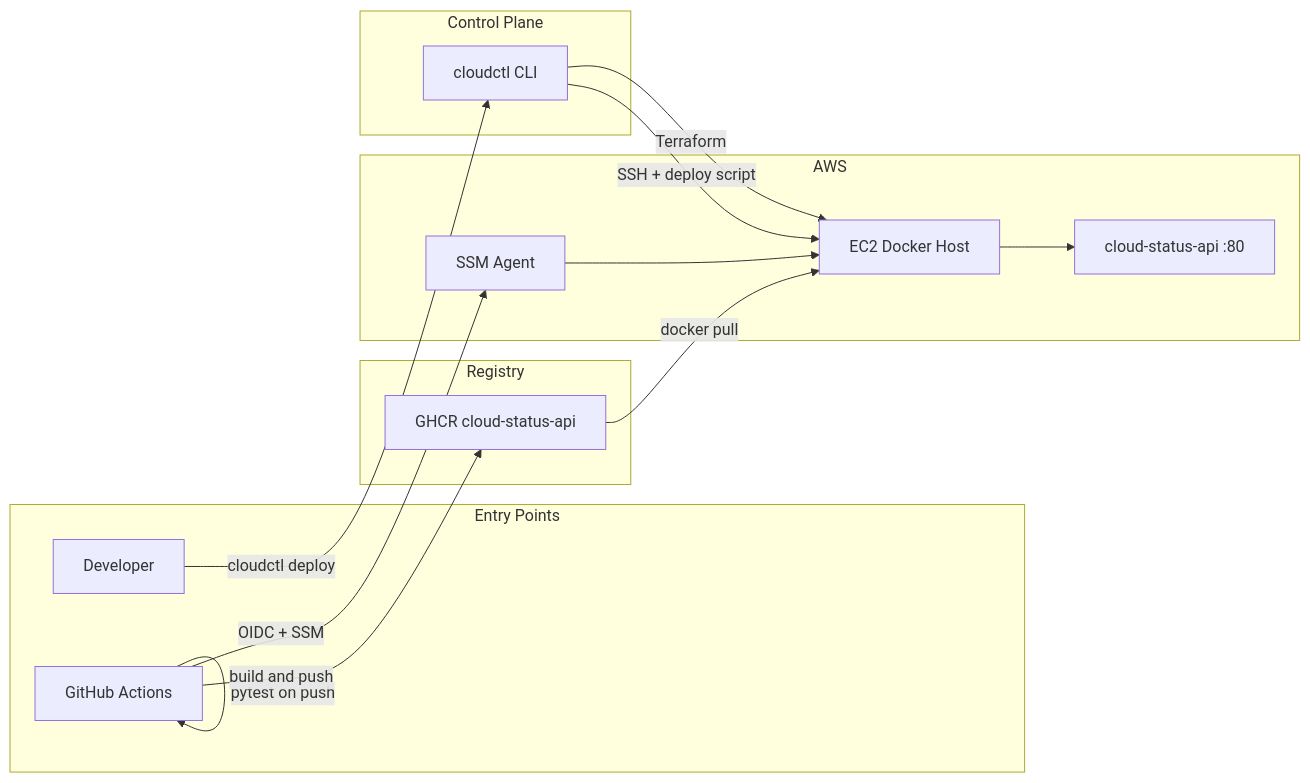
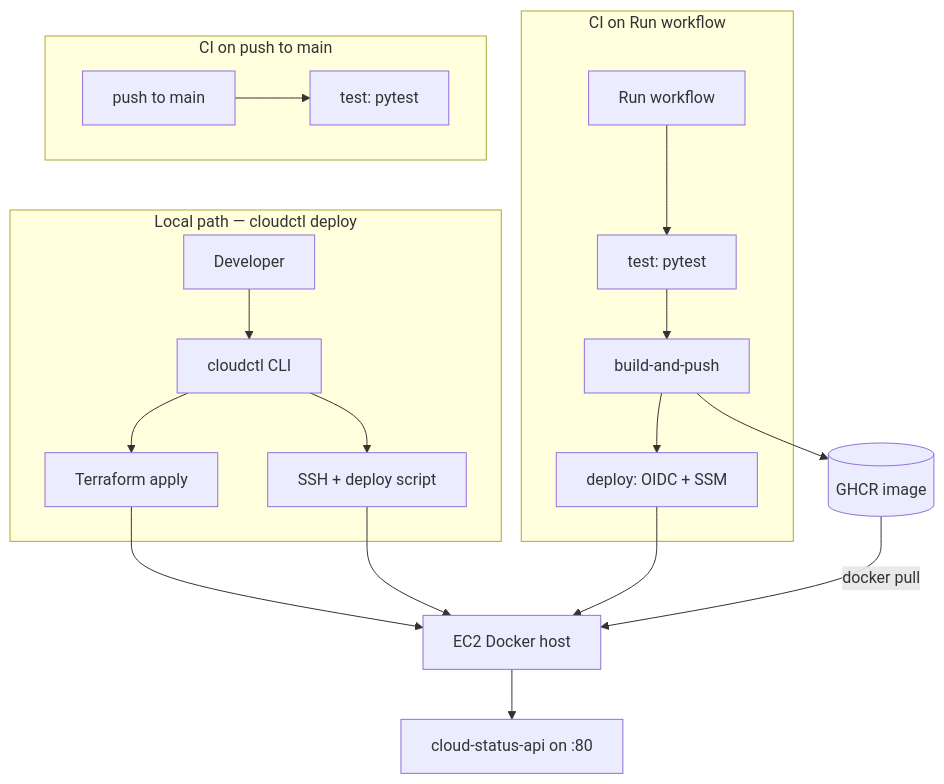
The diagram in README.md (richard-romero/secure-cloud-platform), drawn with Mermaid before and after one commit. The commit also changed other lines of this file and 1 other file, not shown here.

Commit message:
docs: update architecture diagrams in README and terraform README for clarity
Revise the architecture diagrams to reflect the current deployment workflow, including the roles of GitHub Actions, Terraform, and EC2. Enhance descriptions of the CI processes and clarify the flow of HTTP traffic to the application. Update the diagram structure for better readability and understanding of the system components.

````diff
--- a/README.md
+++ b/README.md
@@ -28,31 +28,29 @@
 ```mermaid
-flowchart LR
-    subgraph entry [Entry Points]
-        Dev[Developer]
-        GHA[GitHub Actions]
+flowchart TB
+    subgraph LocalDeploy [Local path — cloudctl deploy]
+        Dev[Developer] --> CLI[cloudctl CLI]
+        CLI --> InfraStep[Terraform apply]
+        CLI --> AppStep[SSH + deploy script]
     end
 
-    subgraph control [Control Plane]
-        Cloudctl[cloudctl CLI]
+    subgraph CIOnRelease [CI on Run workflow]
+        Release[Run workflow] --> TestRelease[test: pytest]
+        TestRelease --> BuildJob[build-and-push]
+        BuildJob --> DeployJob[deploy: OIDC + SSM]
     end
 
-    subgraph registry [Registry]
-        GHCR[GHCR cloud-status-api]
+    subgraph CIOnPush [CI on push to main]
+        Push[push to main] --> TestPush[test: pytest]
     end
 
-    subgraph aws [AWS]
-        EC2[EC2 Docker Host]
-        SSM[SSM Agent]
-        App[cloud-status-api :80]
-    end
+    GHCR[(GHCR image)]
+    EC2[EC2 Docker host]
+    App[cloud-status-api on :80]
 
-    Dev -->|cloudctl deploy| Cloudctl
-    Cloudctl -->|Terraform| EC2
-    Cloudctl -->|SSH + deploy script| EC2
-    GHA -->|pytest on push| GHA
-    GHA -->|build and push| GHCR
-    GHA -->|OIDC + SSM| SSM
-    SSM --> EC2
+    InfraStep --> EC2
+    AppStep --> EC2
+    BuildJob --> GHCR
+    DeployJob --> EC2
     GHCR -->|docker pull| EC2
     EC2 --> App
 ```
````
